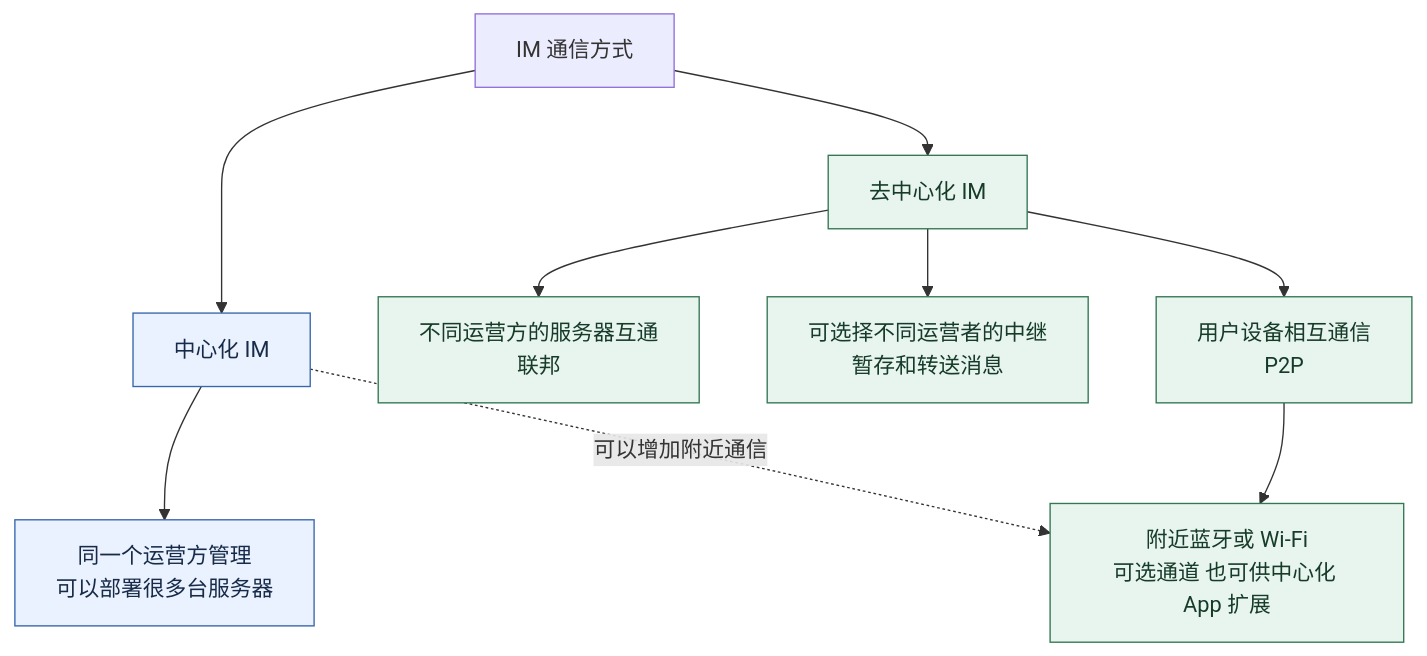
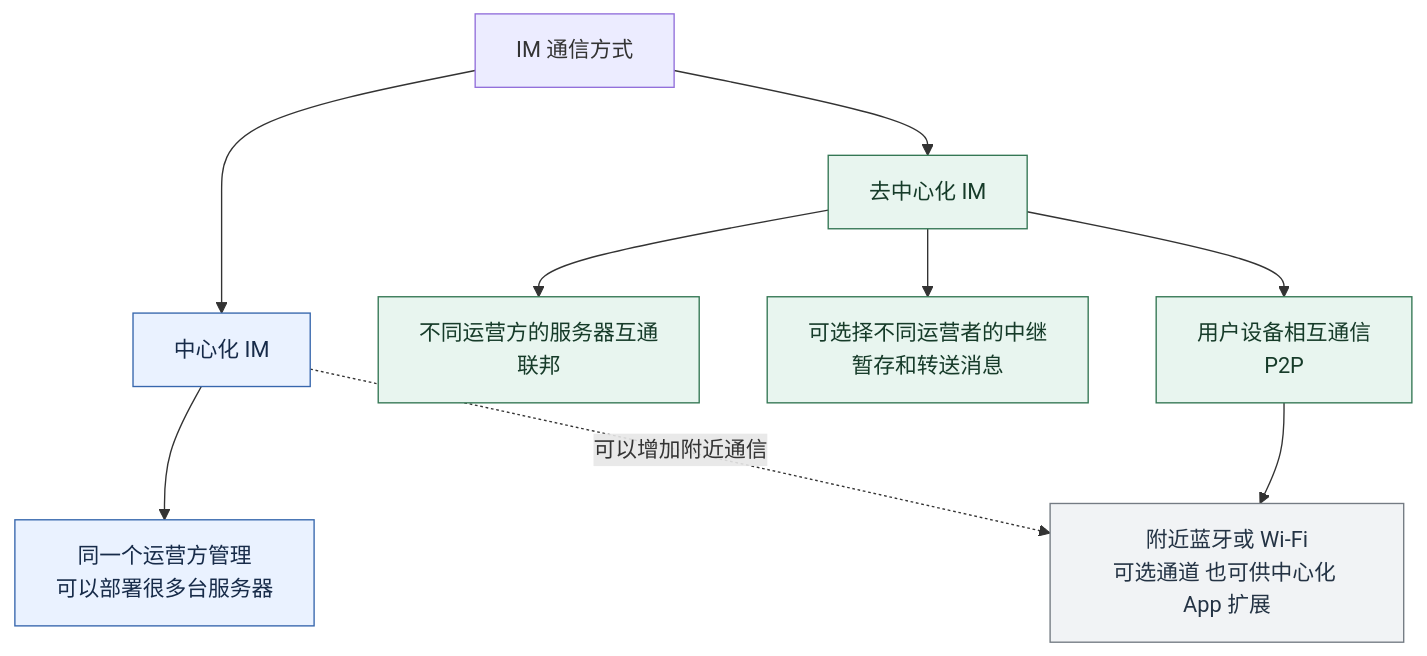
The first of 9 diagrams in IM通信方式图解.md/IM通信方式图解.md (JobsKits/JobsIM), drawn with Mermaid before and after one commit. The commit also changed other lines of this file and 9 other files, not shown here.

````diff
--- a/IM通信方式图解.md/IM通信方式图解.md
+++ b/IM通信方式图解.md/IM通信方式图解.md
@@ -42,15 +42,17 @@
 ```mermaid
 flowchart TD
     IM[IM 通信方式] --> C[中心化 IM]
     IM --> D[去中心化 IM]
     C --> C1[同一个运营方管理<br/>可以部署很多台服务器]
     D --> F[不同运营方的服务器互通<br/>联邦]
     D --> R[可选择不同运营者的中继<br/>暂存和转送消息]
     D --> P[用户设备相互通信<br/>P2P]
     P --> N[附近蓝牙或 Wi-Fi<br/>可选通道 也可供中心化 App 扩展]
     C -.->|可以增加附近通信| N
     classDef central fill:#eaf2ff,stroke:#3767ad,color:#172b49;
     classDef distributed fill:#e8f5ef,stroke:#347754,color:#163b29;
+    classDef channel fill:#f1f3f5,stroke:#747b83,color:#243344;
     class C,C1 central;
-    class D,F,R,P,N distributed;
+    class D,F,R,P distributed;
+    class N channel;
 ```
````
